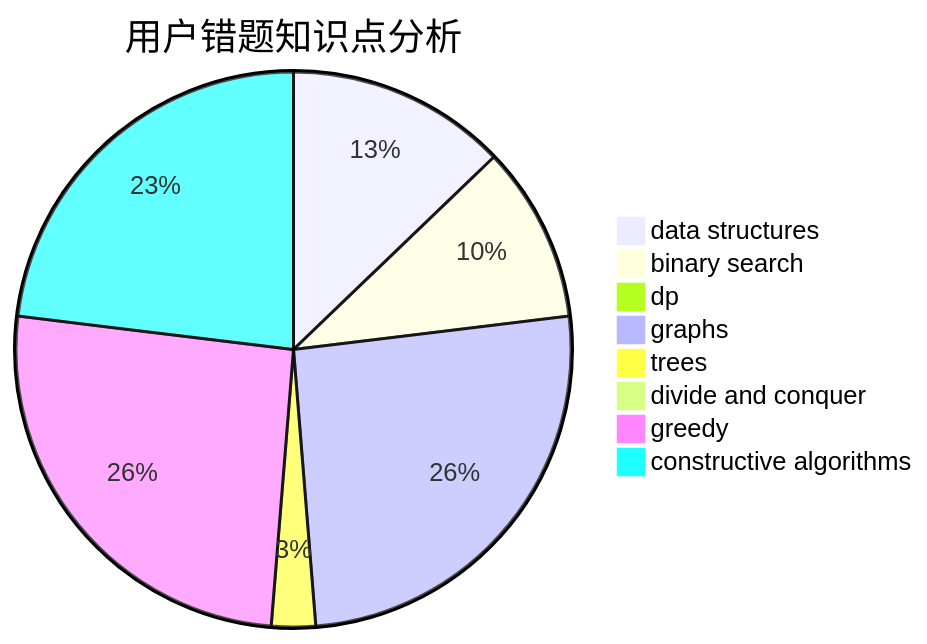
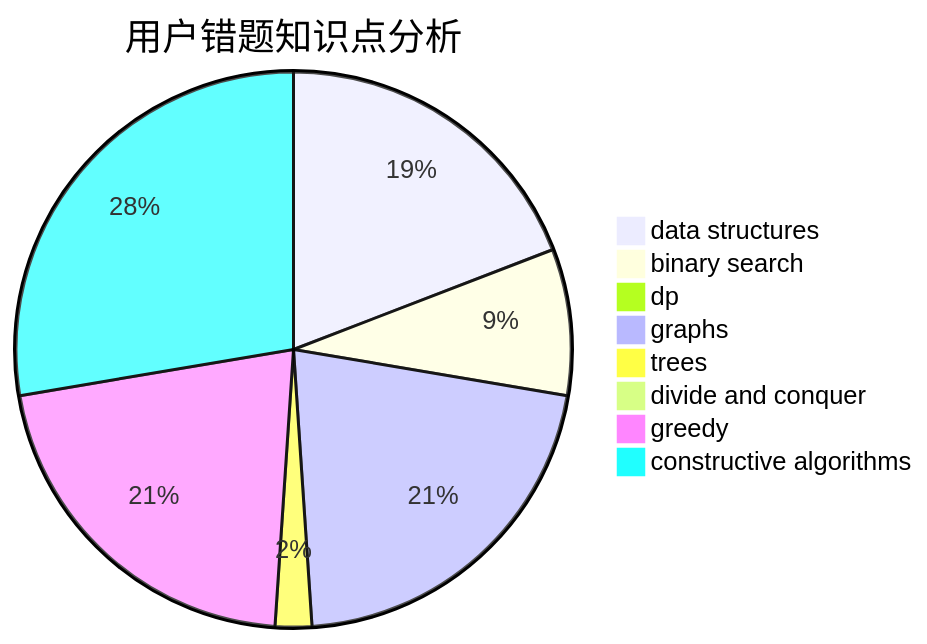
The third of 3 diagrams in docs/user/u475.md (sherpahu/cfrs.github.io), drawn with Mermaid before and after one commit. The commit also changed other lines of this file and 2770 other files, not shown here.

````diff
--- a/docs/user/u475.md
+++ b/docs/user/u475.md
@@ -36,11 +36,11 @@
 ```mermaid
 pie title 用户错题知识点分析
-    "data structures" :  5
+    "data structures" :  9
     "binary search" :  4
     "dp" :  0
     "graphs" :  10
     "trees" :  1
     "divide and conquer" :  0
     "greedy" :  10
-    "constructive algorithms" :  9
+    "constructive algorithms" :  13
 ```
````
